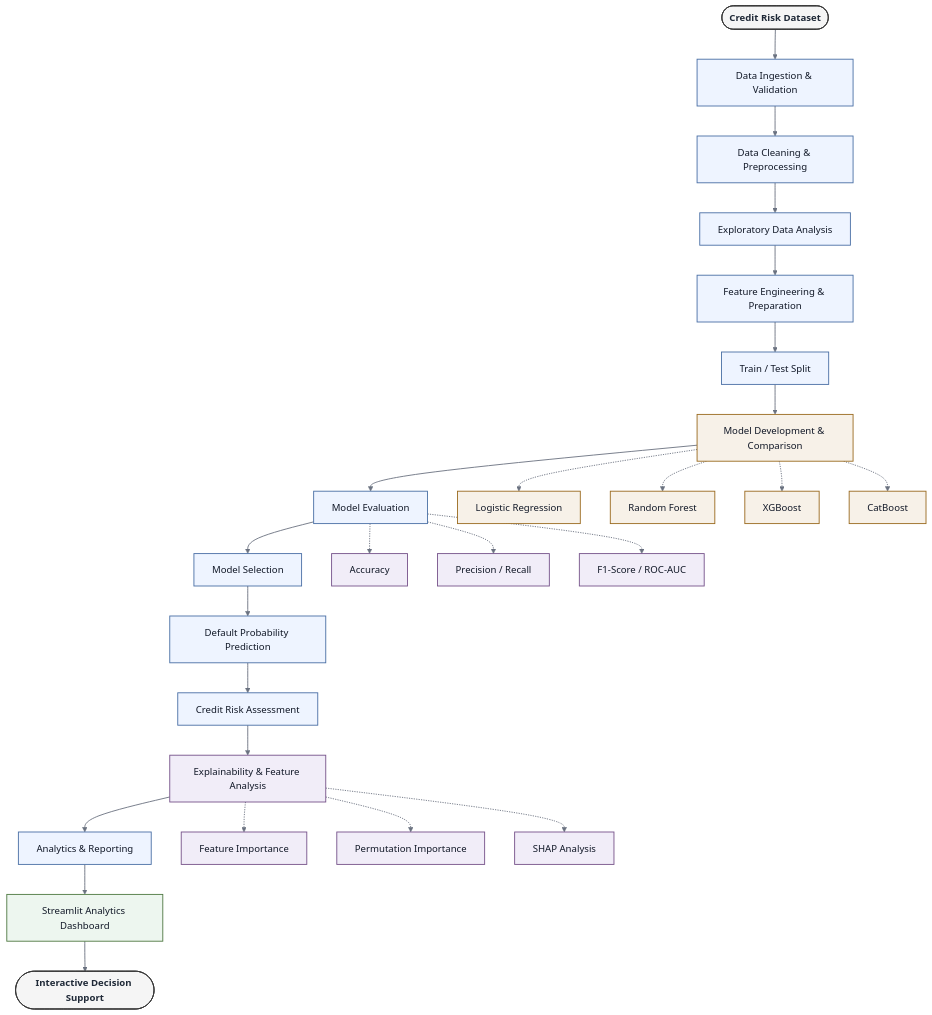
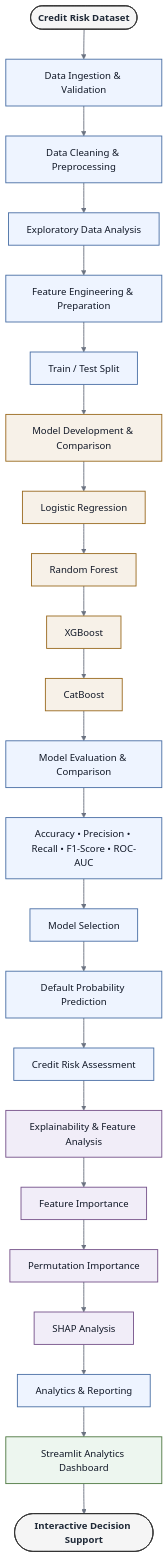
Before and after one commit to harshaharshu09/credit-risk-assessment-and-decision-system: the diagram in README.md, drawn with Mermaid.

Commit message:
Refine project workflow diagram for a connected vertical flow

````diff
--- a/README.md
+++ b/README.md
@@ -47,44 +47,39 @@
 ```mermaid
 flowchart TD
     A([Credit Risk Dataset]) --> B[Data Ingestion & Validation]
     B --> C[Data Cleaning & Preprocessing]
     C --> D[Exploratory Data Analysis]
     D --> E[Feature Engineering & Preparation]
     E --> F[Train / Test Split]
     F --> G[Model Development & Comparison]
-    G --> H[Model Evaluation]
-    H --> I[Model Selection]
+    G --> G1[Logistic Regression]
+    G1 --> G2[Random Forest]
+    G2 --> G3[XGBoost]
+    G3 --> G4[CatBoost]
+    G4 --> H[Model Evaluation & Comparison]
+    H --> H1[Accuracy • Precision • Recall • F1-Score • ROC-AUC]
+    H1 --> I[Model Selection]
     I --> J[Default Probability Prediction]
     J --> K[Credit Risk Assessment]
     K --> L[Explainability & Feature Analysis]
-    L --> M[Analytics & Reporting]
+    L --> L1[Feature Importance]
+    L1 --> L2[Permutation Importance]
+    L2 --> L3[SHAP Analysis]
+    L3 --> M[Analytics & Reporting]
     M --> N[Streamlit Analytics Dashboard]
     N --> O([Interactive Decision Support])
-
-    G -.-> G1[Logistic Regression]
-    G -.-> G2[Random Forest]
-    G -.-> G3[XGBoost]
-    G -.-> G4[CatBoost]
-
-    H -.-> H1[Accuracy]
-    H -.-> H2[Precision / Recall]
-    H -.-> H3[F1-Score / ROC-AUC]
-
-    L -.-> L1[Feature Importance]
-    L -.-> L2[Permutation Importance]
-    L -.-> L3[SHAP Analysis]
 
     classDef source fill:#f5f5f5,stroke:#333,stroke-width:1.5px,color:#1f2937,font-weight:bold;
     classDef process fill:#eef4ff,stroke:#4a6fa5,stroke-width:1.5px,color:#111827;
     classDef model fill:#f7f1e8,stroke:#9a6a1f,stroke-width:1.5px,color:#111827;
     classDef analysis fill:#f1edf8,stroke:#76528a,stroke-width:1.5px,color:#111827;
     classDef application fill:#edf6ef,stroke:#4f7942,stroke-width:1.5px,color:#111827;
 
     class A,O source;
-    class B,C,D,E,F,H,I,J,K,M process;
+    class B,C,D,E,F,H,H1,I,J,K,M process;
     class G,G1,G2,G3,G4 model;
-    class L,L1,L2,L3,H1,H2,H3 analysis;
+    class L,L1,L2,L3 analysis;
     class N application;
 
     linkStyle default stroke:#6b7280,stroke-width:1.5px;
 ```
````
